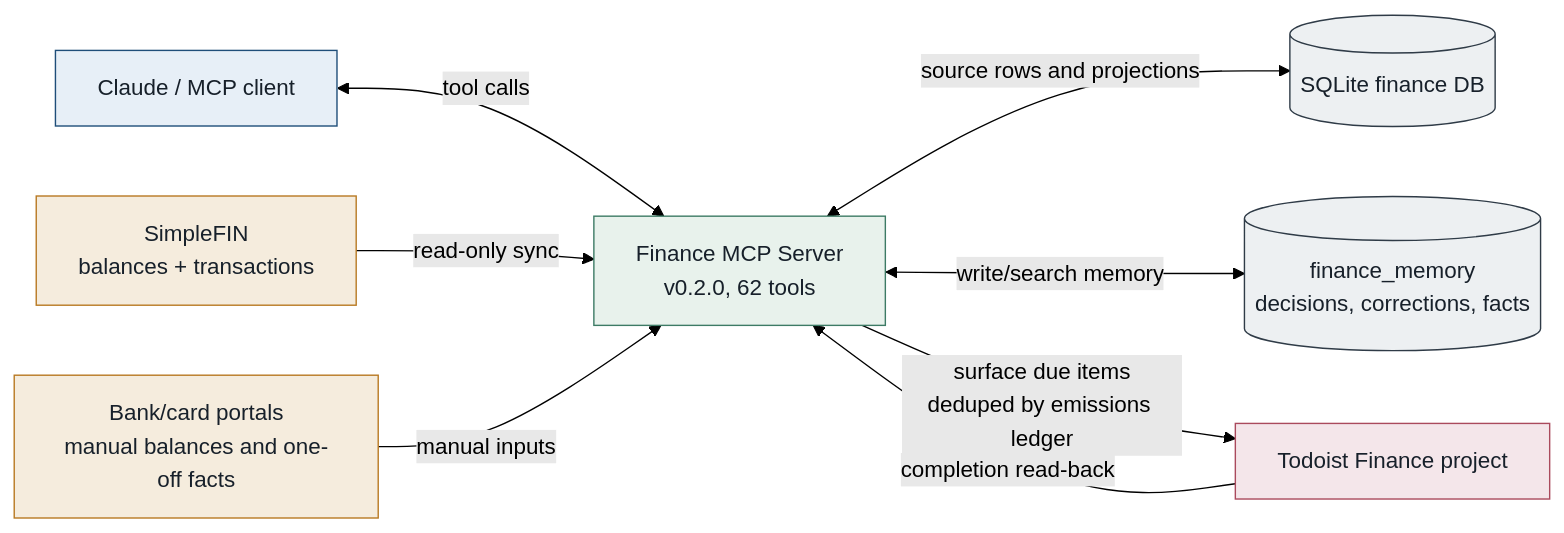
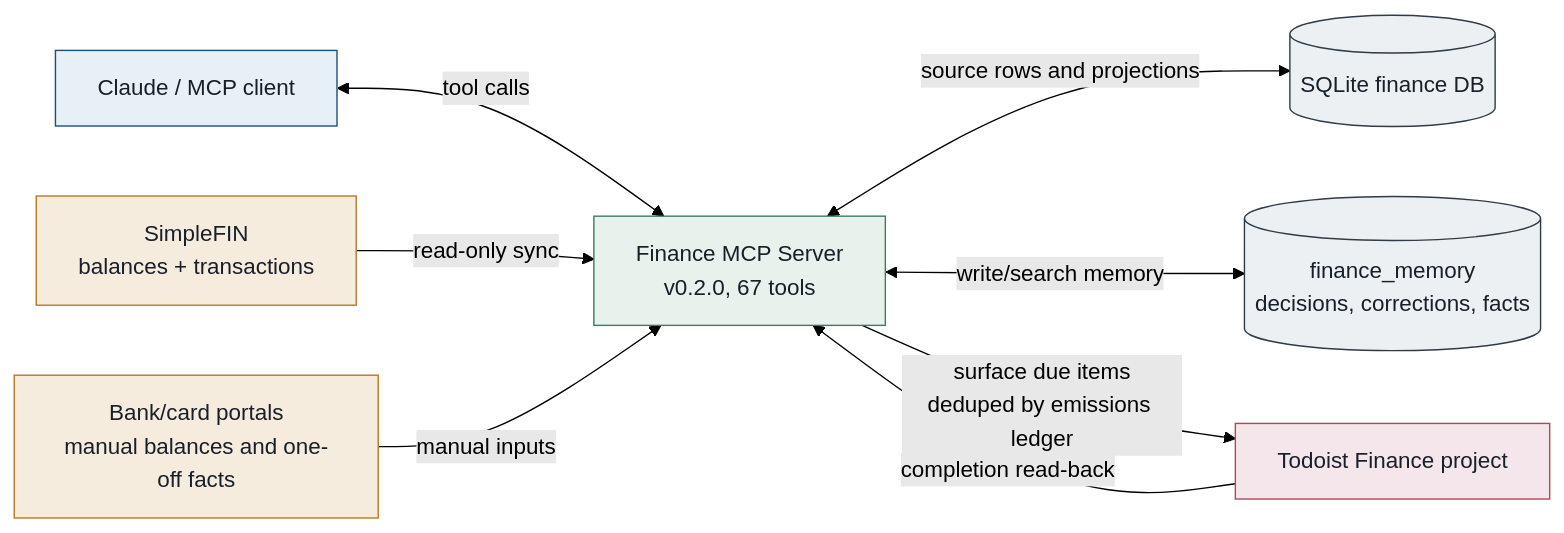
Before and after one commit to albeorla/personal-finance-agent: the first of 10 diagrams in docs/diagrams.md, drawn with Mermaid (forest theme). The commit also changed 1 other file, not shown here.

Commit message:
docs: tool count 67 + document reconcile_todoist_project / list_todoist_project (slice 1)

````diff
--- a/docs/diagrams.md
+++ b/docs/diagrams.md
@@ -7,24 +7,24 @@
 ```mermaid
 flowchart LR
-    Claude["Claude / MCP client"] <-->|"tool calls"| Server["Finance MCP Server<br/>v0.2.0, 62 tools"]
+    Claude["Claude / MCP client"] <-->|"tool calls"| Server["Finance MCP Server<br/>v0.2.0, 67 tools"]
 
     SimpleFIN["SimpleFIN<br/>balances + transactions"] -->|"read-only sync"| Server
     Portals["Bank/card portals<br/>manual balances and one-off facts"] -->|"manual inputs"| Server
 
     Server <-->|"source rows and projections"| SQLite[("SQLite finance DB")]
     Server <-->|"write/search memory"| Memory[("finance_memory<br/>decisions, corrections, facts")]
 
     Server -->|"surface due items<br/>deduped by emissions ledger"| Todoist["Todoist Finance project"]
     Todoist -->|"completion read-back"| Server
 
     classDef client fill:#e7eff7,stroke:#1f4e79,color:#17202a
     classDef server fill:#e8f2ec,stroke:#3d7b65,color:#17202a
     classDef source fill:#f5ecdd,stroke:#b87922,color:#17202a
     classDef output fill:#f4e6ea,stroke:#aa4a5d,color:#17202a
     classDef store fill:#edf0f2,stroke:#2f3b47,color:#17202a
     class Claude client
     class Server server
     class SimpleFIN,Portals source
     class Todoist output
     class SQLite,Memory store
 ```
````
